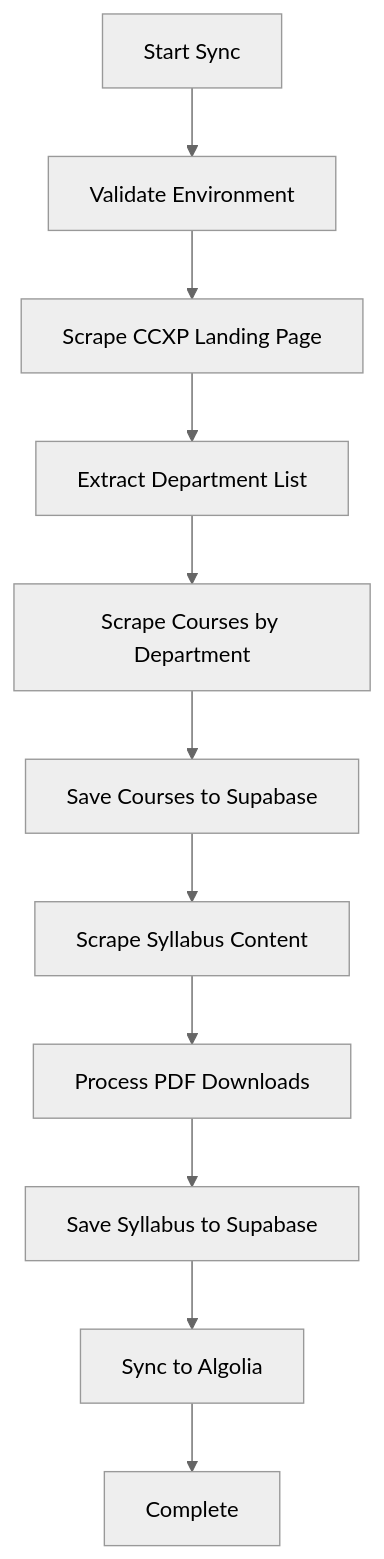
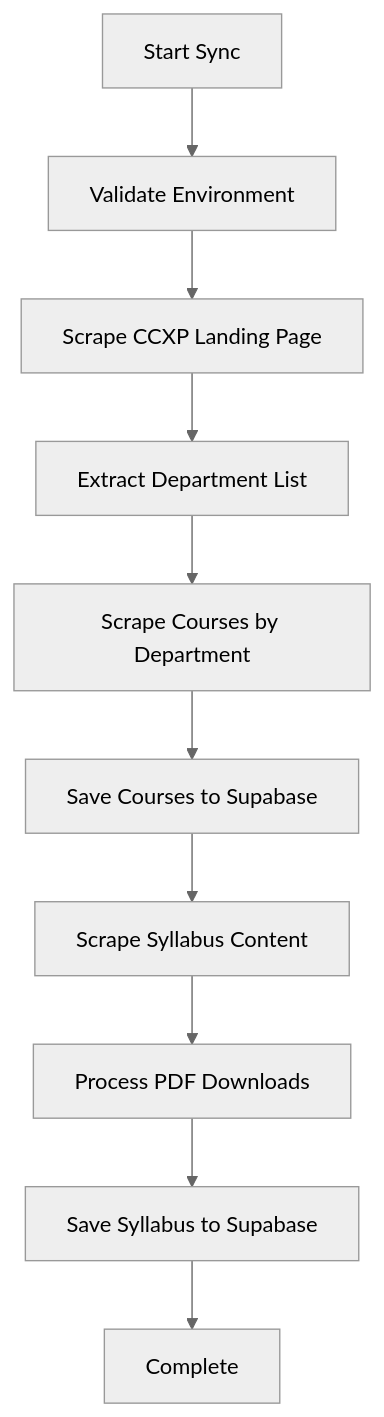
Before and after one commit to nthumodifications/courseweb: the diagram in tools/data-sync/README.md, drawn with Mermaid (neutral theme). The commit also changed other lines of this file and 33 other files, not shown here.

````diff
--- a/tools/data-sync/README.md
+++ b/tools/data-sync/README.md
@@ -268,13 +258,12 @@
 ```mermaid
 graph TD
     A[Start Sync] --> B[Validate Environment]
     B --> C[Scrape CCXP Landing Page]
     C --> D[Extract Department List]
     D --> E[Scrape Courses by Department]
     E --> F[Save Courses to Supabase]
     F --> G[Scrape Syllabus Content]
     G --> H[Process PDF Downloads]
     H --> I[Save Syllabus to Supabase]
-    I --> J[Sync to Algolia]
-    J --> K[Complete]
+    I --> J[Complete]
 ```
````
